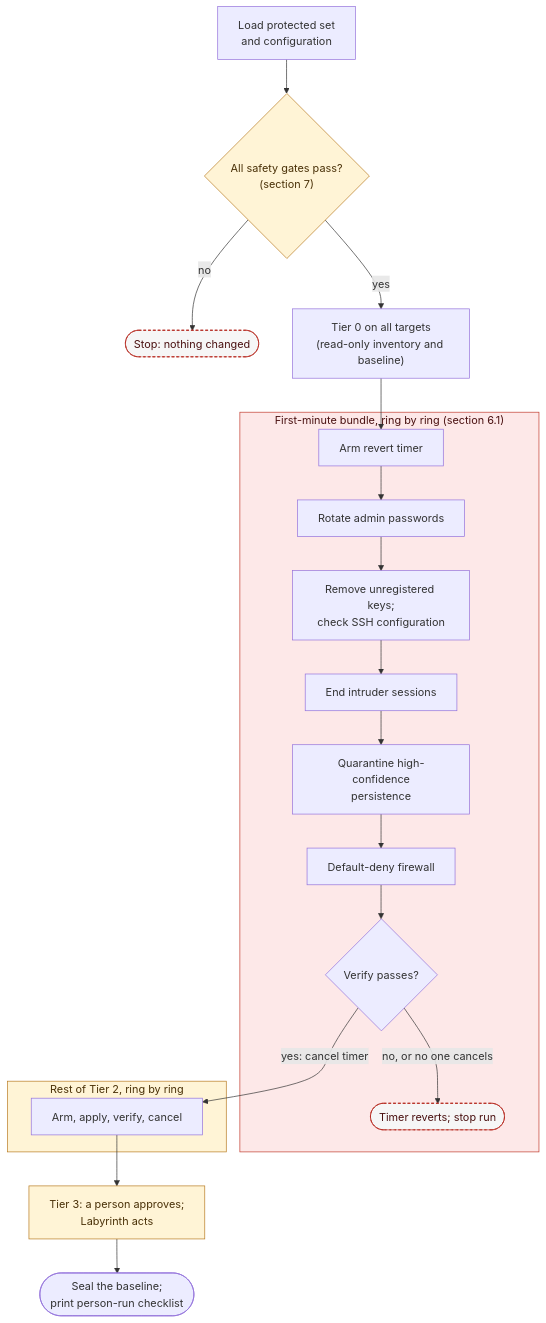
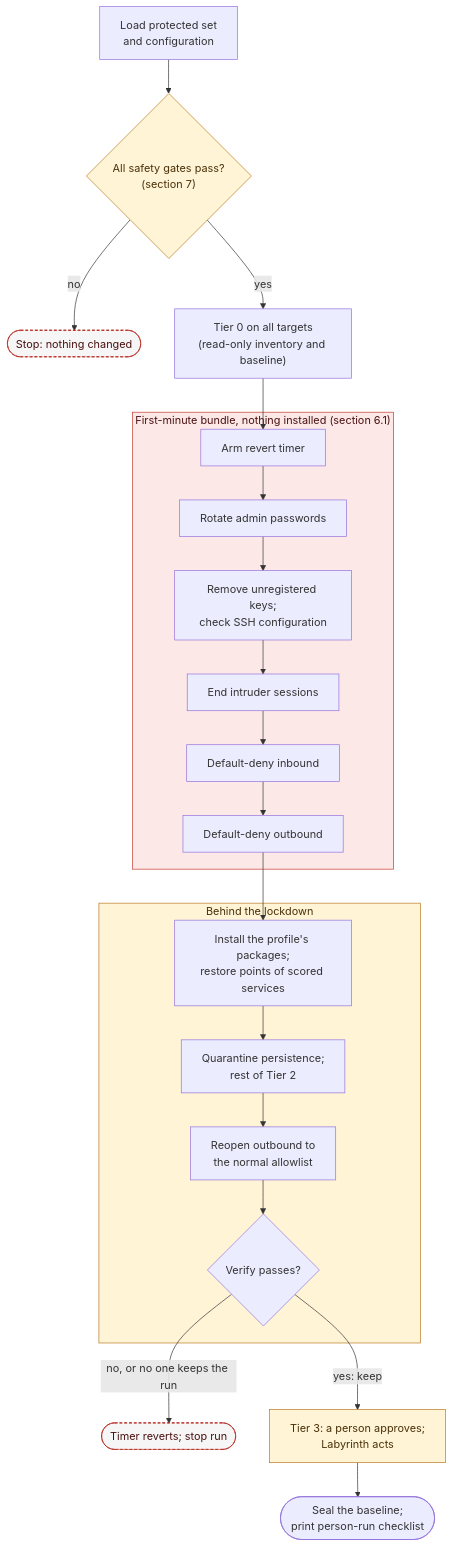
One commit to dotnetdork/Labyrinth changed the second of 2 diagrams in docs/design/01-Lockout-Panic-Button.md. Above: the diagram before and after it, drawn with Mermaid. The commit also changed other lines of this file and 15 other files, not shown here.

First line of the commit message:
Lock down with what the host has, then install public tools behind it

````diff
--- a/docs/design/01-Lockout-Panic-Button.md
+++ b/docs/design/01-Lockout-Panic-Button.md
@@ -116,22 +124,22 @@
 ```mermaid
 flowchart TD
     PS["Load protected set<br/>and configuration"] --> GATES{"All safety gates pass?<br/>(section 7)"}
     GATES -->|no| STOP(["Stop: nothing changed"])
     GATES -->|yes| T0["Tier 0 on all targets<br/>(read-only inventory and baseline)"]
-    subgraph fm["First-minute bundle, ring by ring (section 6.1)"]
-        ARM["Arm revert timer"] --> B1["Rotate admin passwords"] --> B2["Remove unregistered keys;<br/>check SSH configuration"] --> B3["End intruder sessions"] --> B4["Quarantine high-confidence<br/>persistence"] --> B5["Default-deny firewall"] --> V1{"Verify passes?"}
-        V1 -->|"no, or no one cancels"| REV(["Timer reverts; stop run"])
+    subgraph fm["First-minute bundle, nothing installed (section 6.1)"]
+        ARM["Arm revert timer"] --> B1["Rotate admin passwords"] --> B2["Remove unregistered keys;<br/>check SSH configuration"] --> B3["End intruder sessions"] --> B4["Default-deny inbound"] --> B5["Default-deny outbound"]
     end
-    subgraph tier2["Rest of Tier 2, ring by ring"]
-        T2C["Arm, apply, verify, cancel"]
+    subgraph after["Behind the lockdown"]
+        I1["Install the profile's packages;<br/>restore points of scored services"] --> S1["Quarantine persistence;<br/>rest of Tier 2"] --> O1["Reopen outbound to<br/>the normal allowlist"] --> V1{"Verify passes?"}
     end
     T0 --> ARM
-    V1 -->|"yes: cancel timer"| T2C
-    T2C --> T3["Tier 3: a person approves;<br/>Labyrinth acts"] --> SEAL(["Seal the baseline;<br/>print person-run checklist"])
+    B5 --> I1
+    V1 -->|"no, or no one keeps the run"| REV(["Timer reverts; stop run"])
+    V1 -->|"yes: keep"| T3["Tier 3: a person approves;<br/>Labyrinth acts"] --> SEAL(["Seal the baseline;<br/>print person-run checklist"])
     classDef human fill:#fff4d6,stroke:#b7791f,color:#4a3108
     classDef stop fill:#f6f6f6,stroke:#b42318,color:#4a1111,stroke-dasharray:4 3
     class GATES,T3 human
     class STOP,REV stop
     style fm fill:#fde8e8,stroke:#c0392b,color:#4a1111
-    style tier2 fill:#fff4d6,stroke:#b7791f,color:#4a3108
+    style after fill:#fff4d6,stroke:#b7791f,color:#4a3108
 ```
````
